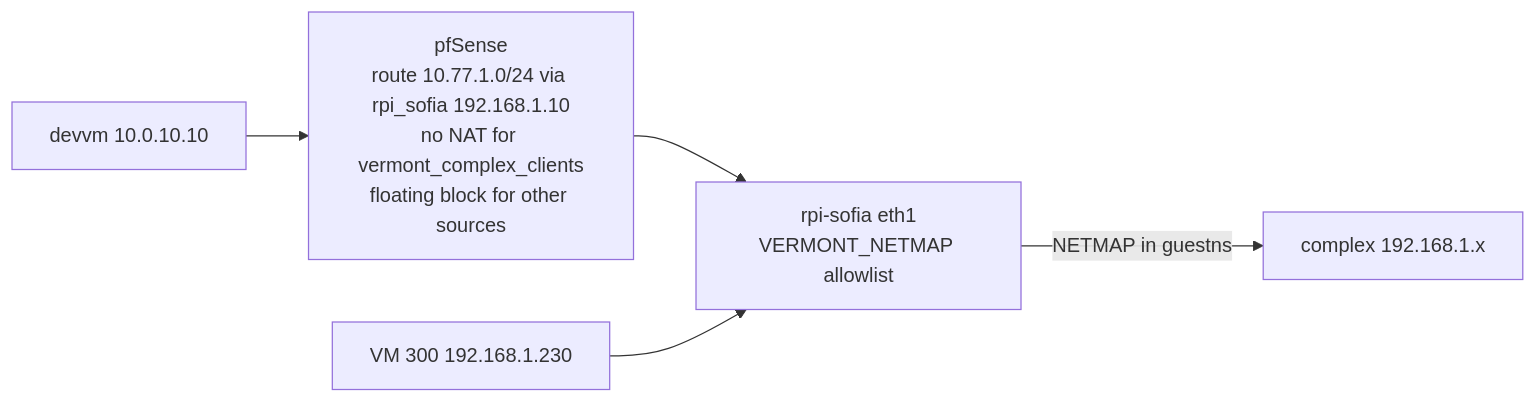
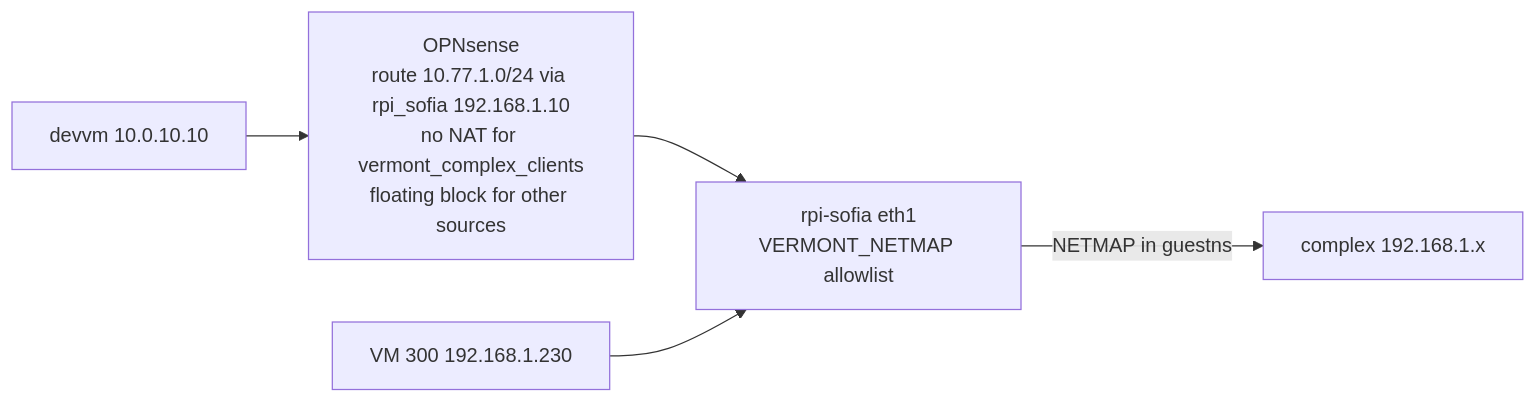
Before and after one commit to ViktorBarzin/infra: the second of 5 diagrams in docs/architecture/networking.md, drawn with Mermaid. The commit also changed other lines of this file and 53 other files, not shown here.

````diff
--- a/docs/architecture/networking.md
+++ b/docs/architecture/networking.md
@@ -158,7 +158,7 @@
 ```mermaid
 flowchart LR
-  DV["devvm 10.0.10.10"] --> PF["pfSense<br/>route 10.77.1.0/24 via rpi_sofia 192.168.1.10<br/>no NAT for vermont_complex_clients<br/>floating block for other sources"]
+  DV["devvm 10.0.10.10"] --> PF["OPNsense<br/>route 10.77.1.0/24 via rpi_sofia 192.168.1.10<br/>no NAT for vermont_complex_clients<br/>floating block for other sources"]
   PF --> PI["rpi-sofia eth1<br/>VERMONT_NETMAP allowlist"]
   VM["VM 300 192.168.1.230"] --> PI
   PI -->|"NETMAP in guestns"| C["complex 192.168.1.x"]
 ```
````
